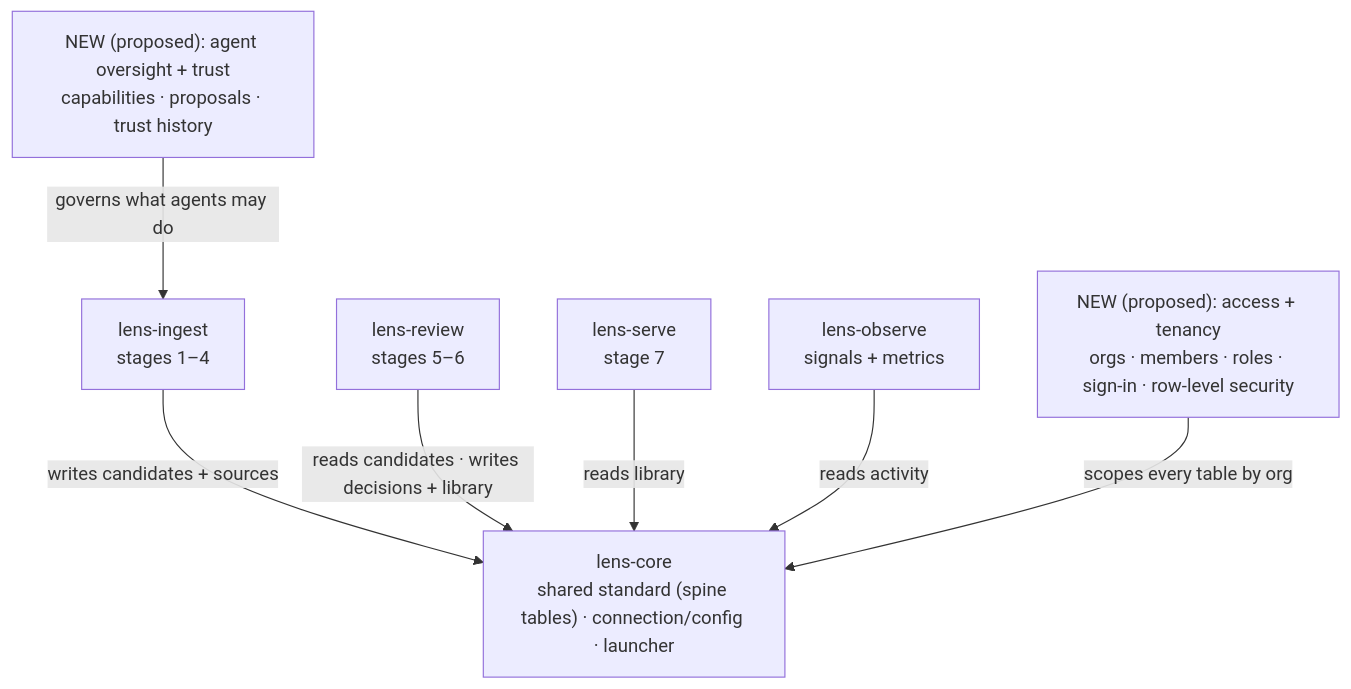
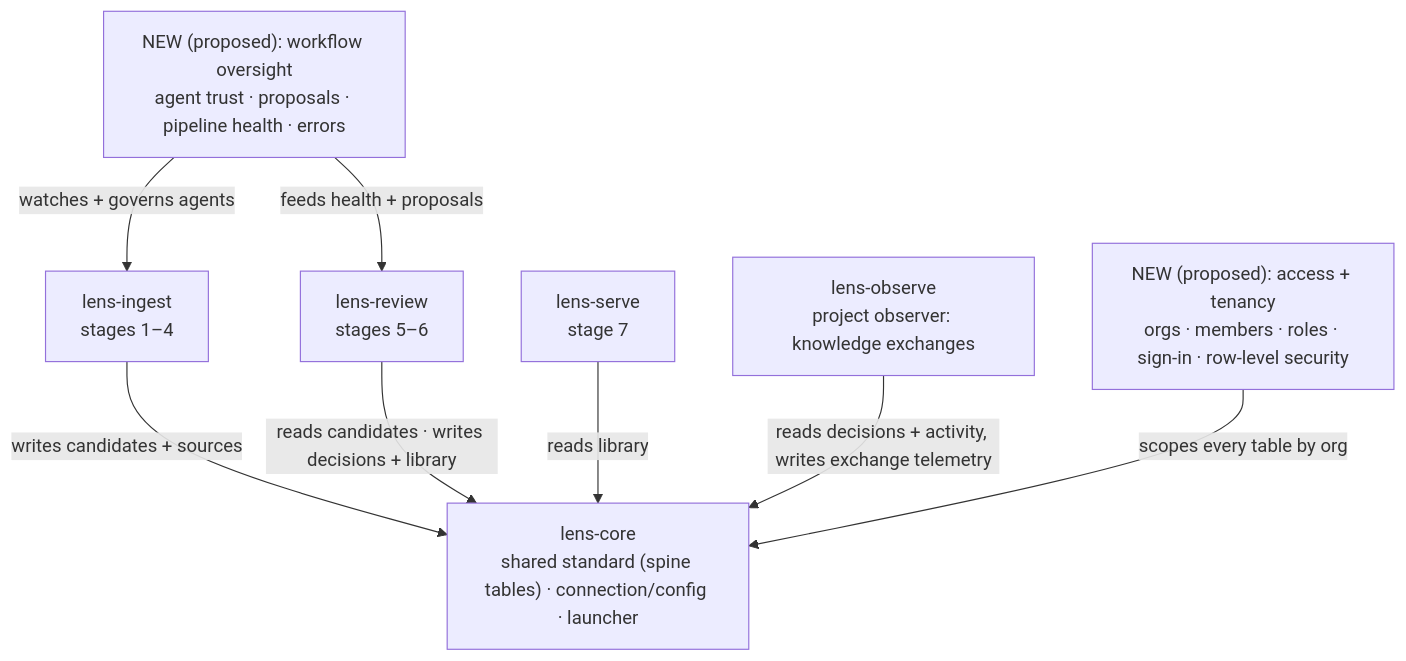
One commit to Lizo-RoadTown/surveyor changed the second of 4 diagrams in docs/decomposition/proves/module-map.md. Above: the diagram before and after it, drawn with Mermaid. The commit also changed other lines of this file and 3 other files, not shown here.

Commit message:
Evaluation 3: observation layers; lens-observe split, workflow oversight widened

````diff
--- a/docs/decomposition/proves/module-map.md
+++ b/docs/decomposition/proves/module-map.md
@@ -65,16 +66,17 @@
 ```mermaid
 flowchart TB
   CORE["lens-core<br/>shared standard (spine tables) · connection/config · launcher"]
   ING["lens-ingest<br/>stages 1–4"]
   REV["lens-review<br/>stages 5–6"]
   SRV["lens-serve<br/>stage 7"]
-  OBS["lens-observe<br/>signals + metrics"]
+  OBS["lens-observe<br/>project observer: knowledge exchanges"]
   NEW1["NEW (proposed): access + tenancy<br/>orgs · members · roles · sign-in · row-level security"]
-  NEW2["NEW (proposed): agent oversight + trust<br/>capabilities · proposals · trust history"]
+  NEW2["NEW (proposed): workflow oversight<br/>agent trust · proposals · pipeline health · errors"]
   ING -- "writes candidates + sources" --> CORE
   REV -- "reads candidates · writes decisions + library" --> CORE
   SRV -- "reads library" --> CORE
-  OBS -- "reads activity" --> CORE
+  OBS -- "reads decisions + activity, writes exchange telemetry" --> CORE
   NEW1 -- "scopes every table by org" --> CORE
-  NEW2 -- "governs what agents may do" --> ING
+  NEW2 -- "watches + governs agents" --> ING
+  NEW2 -- "feeds health + proposals" --> REV
 ```
````
